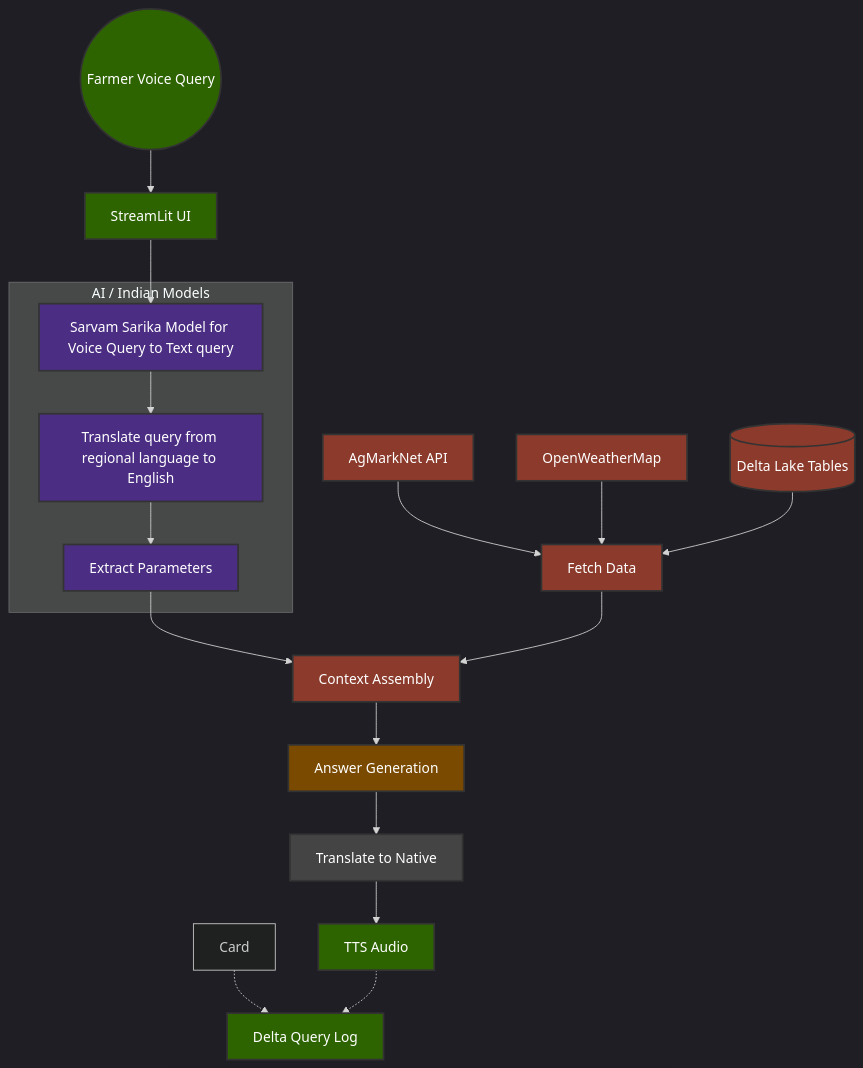
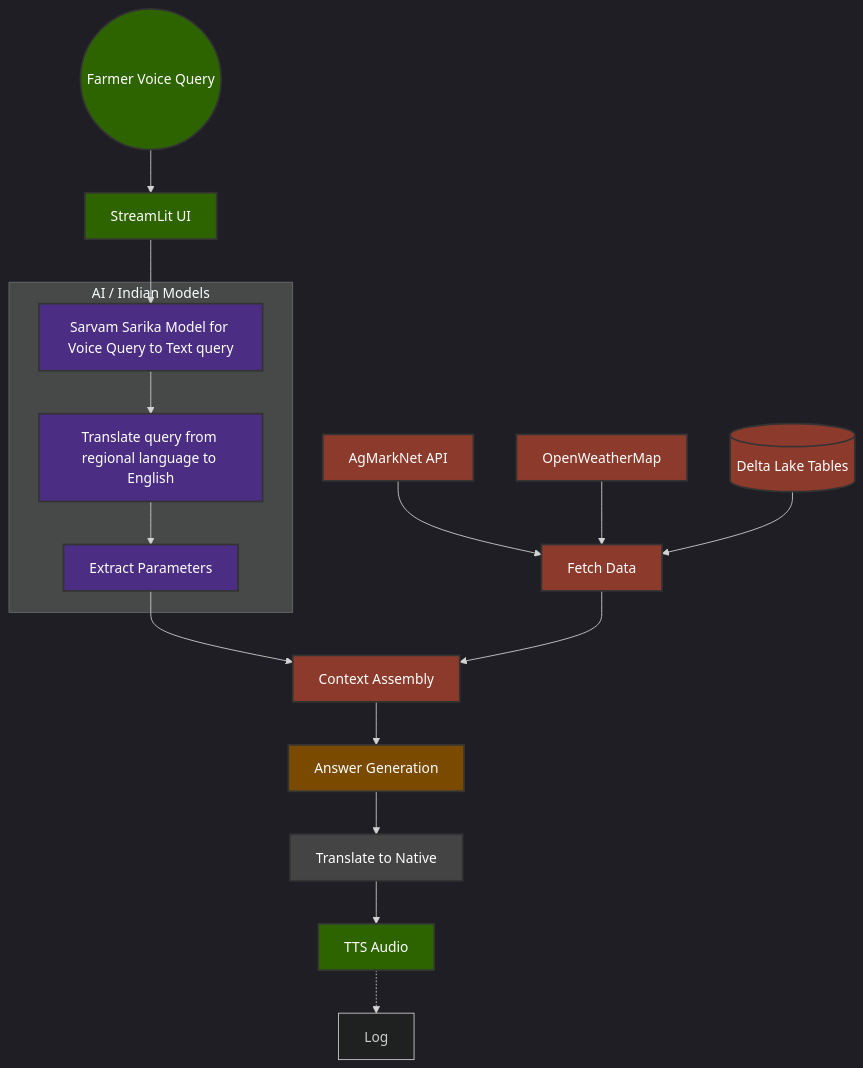
The diagram in README.md (amrit-chau-han/kisanvaani), drawn with Mermaid before and after one commit.

````diff
--- a/README.md
+++ b/README.md
@@ -16,41 +16,41 @@
 ```mermaid
 graph TD
     %%{init: {'theme': 'dark', 'flowchart': {'rankSpacing': 50, 'nodeSpacing': 50}}}%%
     %% Define Styles to match your SVG colors
     classDef ai fill:#4b2e83,color:#fff,stroke:#333,stroke-width:2px;
     classDef data fill:#8b3a2b,color:#fff,stroke:#333,stroke-width:2px;
     classDef io fill:#2e6400,color:#fff,stroke:#333,stroke-width:2px;
     classDef gen fill:#7a4a00,color:#fff,stroke:#333,stroke-width:2px;
     classDef util fill:#444,color:#fff,stroke:#333,stroke-width:2px;
 
 
     %% Main Flow
     Farmer((Farmer Voice Query)):::io --> UI[StreamLit UI]:::io
     UI --> STT[Sarvam Sarika Model for Voice Query to Text query]:::ai
     STT --> Param[Translate query from regional language to English]:::ai
     Param --> TransEN[Extract Parameters]:::ai
 
     %% Data Layer
     AgMark[AgMarkNet API]:::data --> Fetch[Fetch Data]:::data
     Weather[OpenWeatherMap]:::data --> Fetch
     Tables[(Delta Lake Tables)]:::data --> Fetch
     
     TransEN --> Context[Context Assembly]:::data
     Fetch --> Context
     
     Context --> Gen[Answer Generation]:::gen
     Gen --> TransNative[Translate to Native]:::util
     
     
     TransNative --> TTS[TTS Audio]:::io
     
-    Card -.-> Log[Delta Query Log]:::io
+   
     TTS -.-> Log
     
     %% Assigning groups
     subgraph AI_Layer [AI / Indian Models]
         STT
         Param
         TransEN
     end
 ```
````
